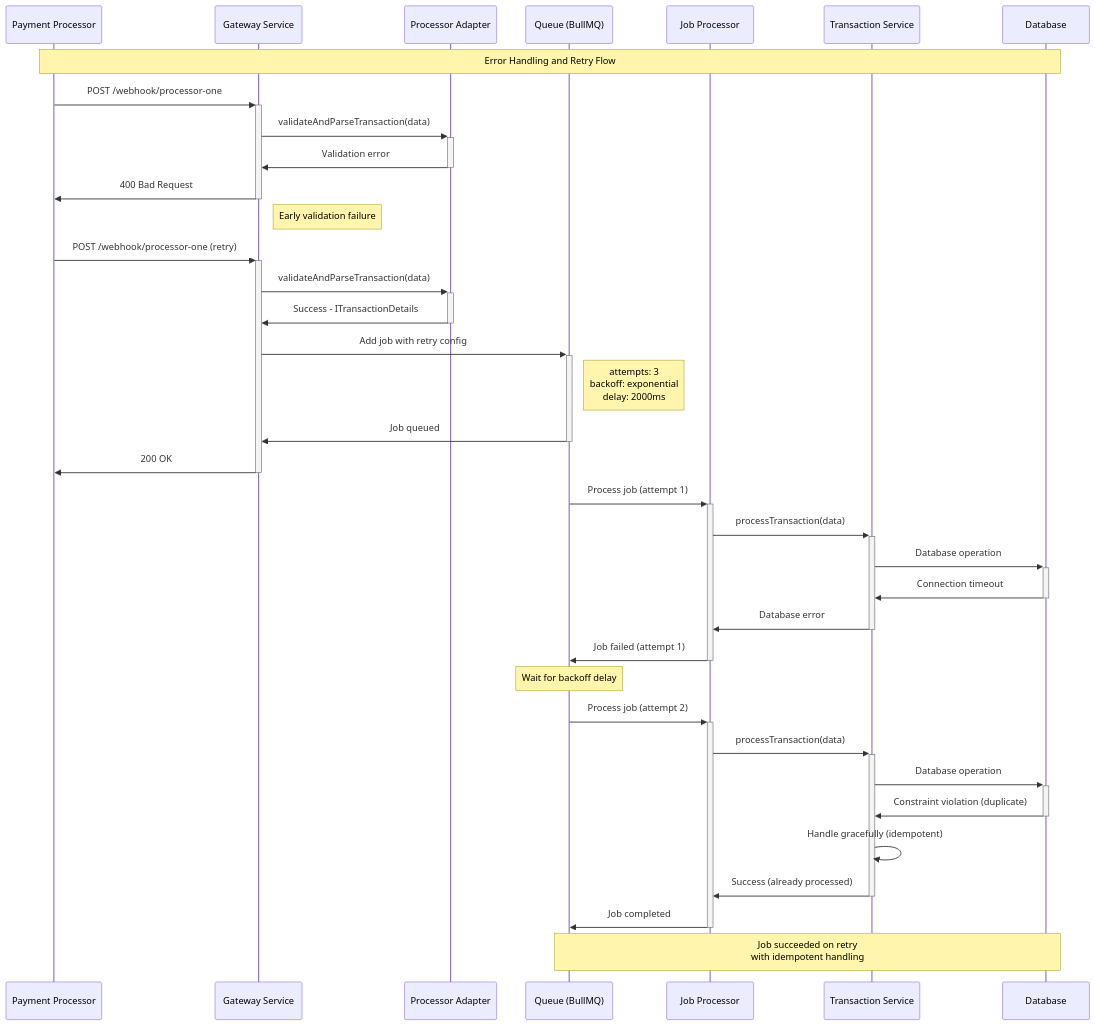
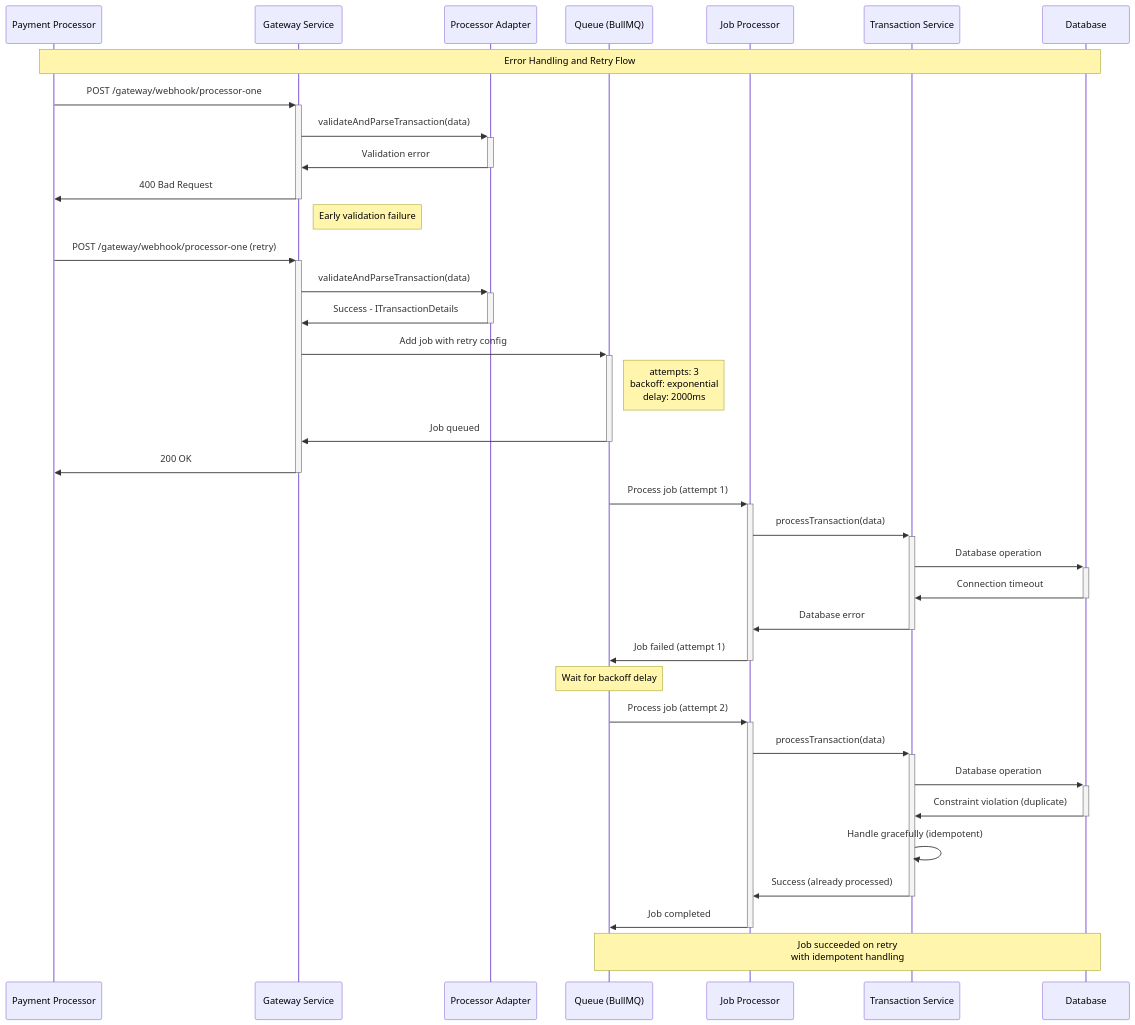
Before and after one commit to Abdallah-Zidan/pemo-task: the fifth of 9 diagrams in docs/SEQUENCE_DIAGRAMS.md, drawn with Mermaid. The commit also changed other lines of this file and 4 other files, not shown here.

````diff
--- a/docs/SEQUENCE_DIAGRAMS.md
+++ b/docs/SEQUENCE_DIAGRAMS.md
@@ -232,48 +232,48 @@
 ```mermaid
 sequenceDiagram
     participant PP as Payment Processor
     participant GW as Gateway Service
     participant PA as Processor Adapter
     participant Q as Queue (BullMQ)
     participant JP as Job Processor
     participant TS as Transaction Service
     participant DB as Database
 
     Note over PP,DB: Error Handling and Retry Flow
 
-    PP->>+GW: POST /webhook/processor-one
+    PP->>+GW: POST /gateway/webhook/processor-one
     
     GW->>+PA: validateAndParseTransaction(data)
     PA->>-GW: Validation error
     
     GW->>-PP: 400 Bad Request
     Note right of GW: Early validation failure
 
-    PP->>+GW: POST /webhook/processor-one (retry)
+    PP->>+GW: POST /gateway/webhook/processor-one (retry)
     GW->>+PA: validateAndParseTransaction(data)
     PA->>-GW: Success - ITransactionDetails
     
     GW->>+Q: Add job with retry config
     Note right of Q: attempts: 3<br/>backoff: exponential<br/>delay: 2000ms
     Q->>-GW: Job queued
     GW->>-PP: 200 OK
 
     Q->>+JP: Process job (attempt 1)
     JP->>+TS: processTransaction(data)
     TS->>+DB: Database operation
     DB->>-TS: Connection timeout
     TS->>-JP: Database error
     JP->>-Q: Job failed (attempt 1)
 
     Note over Q: Wait for backoff delay
 
     Q->>+JP: Process job (attempt 2)
     JP->>+TS: processTransaction(data)
     TS->>+DB: Database operation
     DB->>-TS: Constraint violation (duplicate)
     TS->>TS: Handle gracefully (idempotent)
     TS->>-JP: Success (already processed)
     JP->>-Q: Job completed
 
     Note over Q,DB: Job succeeded on retry<br/>with idempotent handling
 ```
````
